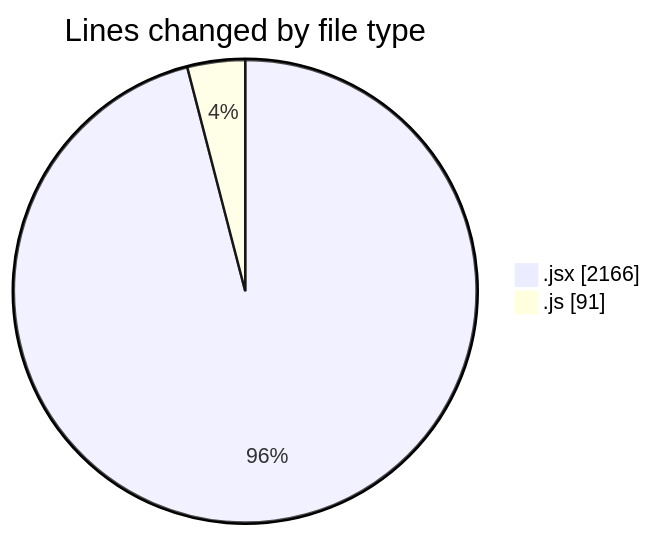
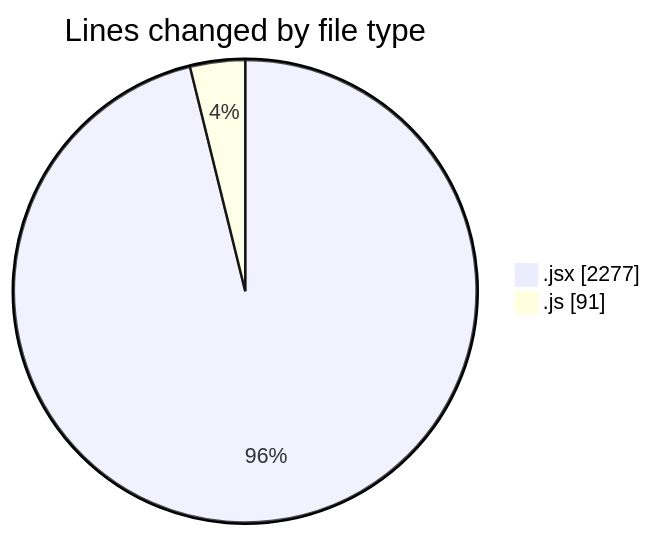
One commit to nxtqubesakshisongat/code-tracking changed the first of 2 diagrams in 2025-07-07/argos/README.md. Above: the diagram before and after it, drawn with Mermaid. The commit also changed other lines of this file and 1 other file, not shown here.

````diff
--- a/2025-07-07/argos/README.md
+++ b/2025-07-07/argos/README.md
@@ -23,6 +23,6 @@
 ```mermaid
 pie showData
 title Lines changed by file type
-".jsx" : 2166
+".jsx" : 2277
 ".js" : 91
 ```
````
